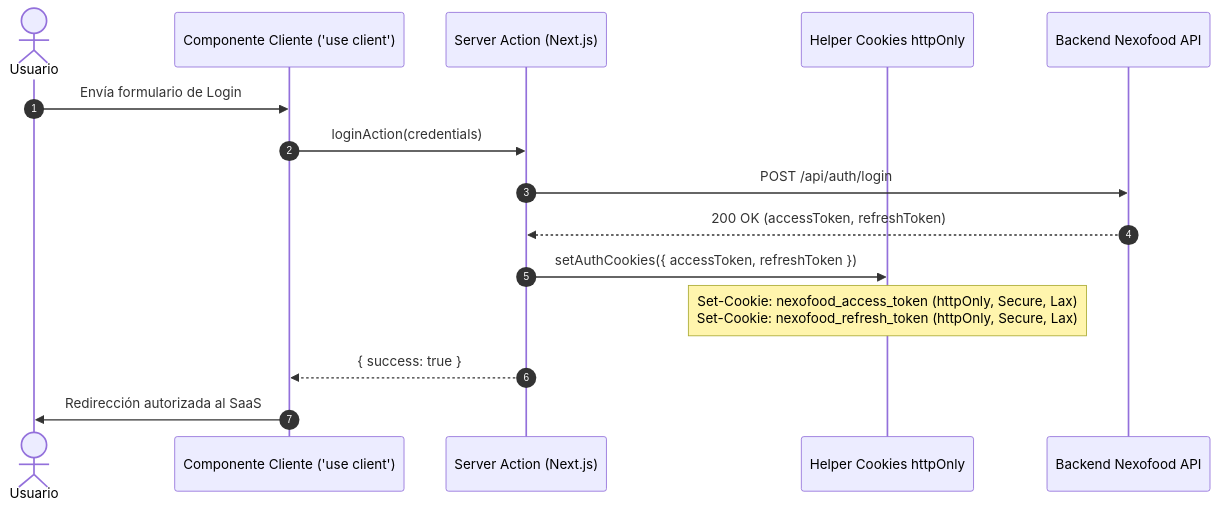
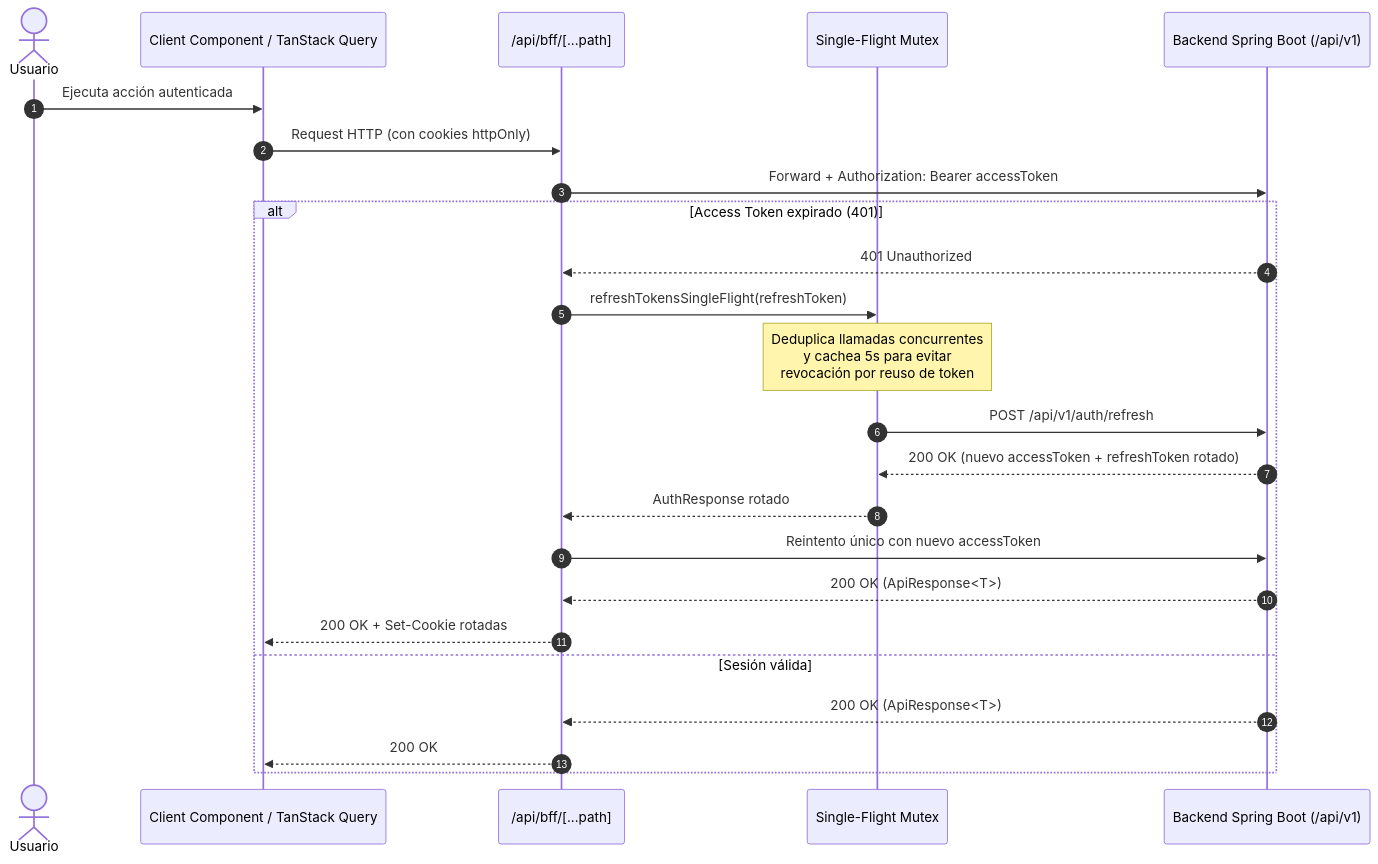
Before and after one commit to Abdieeel03/nexofood: the diagram in docs/api_implementation_plan.md, drawn with Mermaid. The commit also changed other lines of this file and 2 other files, not shown here.

Commit message:
docs: actualizar documentacion de api y agregar especificaciones de producto

````diff
--- a/docs/api_implementation_plan.md
+++ b/docs/api_implementation_plan.md
@@ -220,18 +48,27 @@
 ```mermaid
 sequenceDiagram
     autonumber
     actor Usuario
-    participant Client as Componente Cliente ('use client')
-    participant ServerAction as Server Action (Next.js)
-    participant AuthCookies as Helper Cookies httpOnly
-    participant BackendAPI as Backend Nexofood API
+    participant Client as Client Component / TanStack Query
+    participant BFF as /api/bff/[...path]
+    participant Mutex as Single-Flight Mutex
+    participant API as Backend Spring Boot (/api/v1)
 
-    Usuario->>Client: Envía formulario de Login
-    Client->>ServerAction: loginAction(credentials)
-    ServerAction->>BackendAPI: POST /api/auth/login
-    BackendAPI-->>ServerAction: 200 OK (accessToken, refreshToken)
-    ServerAction->>AuthCookies: setAuthCookies({ accessToken, refreshToken })
-    Note over AuthCookies: Set-Cookie: nexofood_access_token (httpOnly, Secure, Lax)<br/>Set-Cookie: nexofood_refresh_token (httpOnly, Secure, Lax)
-    ServerAction-->>Client: { success: true }
-    Client->>Usuario: Redirección autorizada al SaaS
+    Usuario->>Client: Ejecuta acción autenticada
+    Client->>BFF: Request HTTP (con cookies httpOnly)
+    BFF->>API: Forward + Authorization: Bearer accessToken
+    alt Access Token expirado (401)
+        API-->>BFF: 401 Unauthorized
+        BFF->>Mutex: refreshTokensSingleFlight(refreshToken)
+        Note over Mutex: Deduplica llamadas concurrentes<br/>y cachea 5s para evitar<br/>revocación por reuso de token
+        Mutex->>API: POST /api/v1/auth/refresh
+        API-->>Mutex: 200 OK (nuevo accessToken + refreshToken rotado)
+        Mutex-->>BFF: AuthResponse rotado
+        BFF->>API: Reintento único con nuevo accessToken
+        API-->>BFF: 200 OK (ApiResponse<T>)
+        BFF-->>Client: 200 OK + Set-Cookie rotadas
+    else Sesión válida
+        API-->>BFF: 200 OK (ApiResponse<T>)
+        BFF-->>Client: 200 OK
+    end
 ```
````
